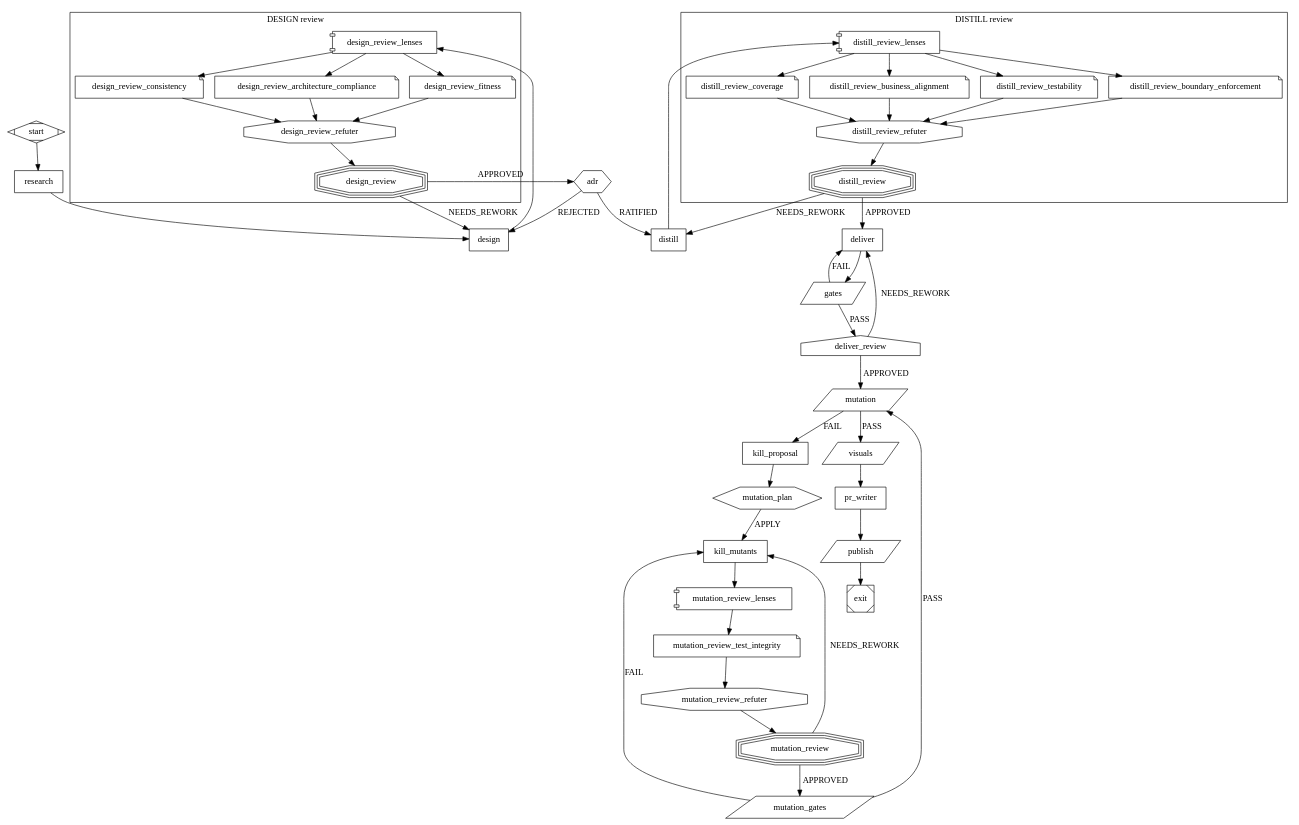
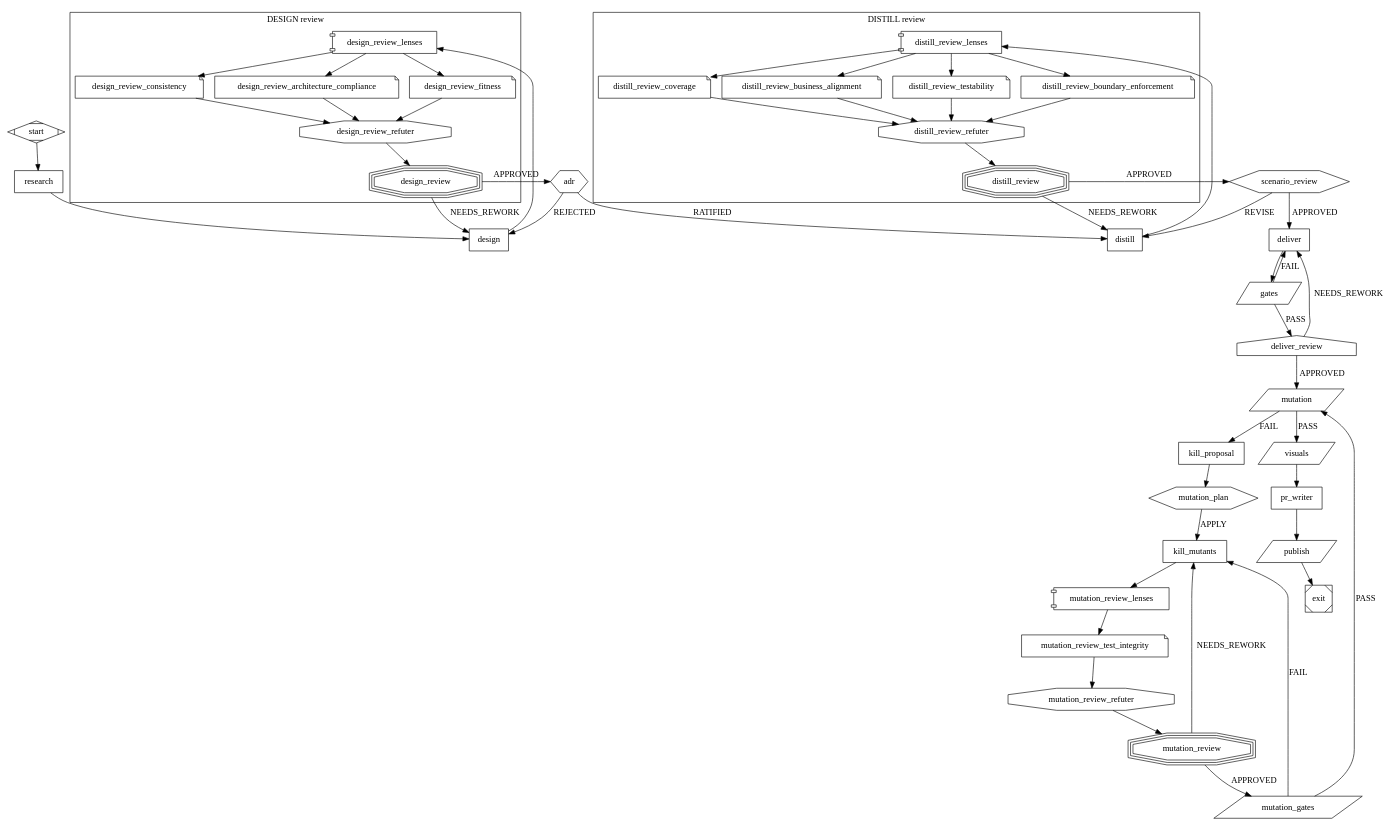
Before and after one commit to SebastienDegodez/skraft-plugin: the diagram in plugins/skraft-framework/workflows/pipeline.skraft.dot, drawn with Graphviz. The commit also changed 185 other files, not shown here.

```diff
--- a/plugins/skraft-framework/workflows/pipeline.skraft.dot
+++ b/plugins/skraft-framework/workflows/pipeline.skraft.dot
@@ -1,96 +1,102 @@
 // The skraft pipeline. Copy it into .skraft/pipeline.skraft.dot with `skraft workflow eject`, then add
 // agents, lenses, gates or questions; `skraft workflow check` validates it, `skraft workflow diff`
 // compares it with this one. A node marked locked=true can only be dropped with unlock="<reason>"; a node marked
 // mandatory=true can never be dropped, bypassed or weakened, whatever the copy says.
 // A review fans out (shape=component) to one lens node per branch (shape=note, lens="<name>", run as the agent `<name>-lens`) joins its branches in the refuter (shape=octagon, finding-refuter, which checks each finding, of any severity) and closes in a fan-in (shape=tripleoctagon) that computes the verdict and carries the APPROVED and NEEDS_REWORK edges. A lens with when="mock" or when="contract" runs only when the changes touch mocks or contracts; one without when always runs. skraft-config.json's `assign` chooses each agent's model family, `models` what a family runs on per host; model= on an agent, a lens or a fan-in (for its lenses that name none) and refuter= on a fan-in name a family too, under `assign.agents`.
 // The DESIGN and DISTILL reviews sit in subgraph clusters, which only group them in a drawing.
 // A house calls another workflow by its base name (workflow="<name>": .skraft/<name>.skraft.dot, else the plugin's) and leaves
 // by the verdict it returns: deliver_review runs review, the review a pull request gets too. The called workflow declares its inputs
 // (input_<name>="required" or "optional"); the call binds each one by name to what the run holds (base, head, story,
 // documents, components), with_<name>="<value>" binding it to another. A called workflow calls no other.
 // A hexagon asks a human: the run waits until `skraft decide` answers. mutation-plan takes APPLY, an instruction of the developer's own, or STOP, which ends the run.
 // A parallelogram with publish="pull-request" pushes the branch and opens or updates its pull request, on the consent publish.pullRequest of skraft-config.json; a run starts only once /skraft-init has settled it.
 // A parallelogram with publish="playwright-visuals" runs each front end's e2e command and commits the screenshots its manifest lists, on the consent publish.visuals; when="frontend" skips it without a front end, and such a node then needs no consent.
 // each="survivor-file" runs an agent once per file holding mutants the mutation gate left alive, when the gate's FAIL edge leads to it; reached by another edge, it runs once, with what that edge brings.
+// each="scenario" goes on two agent nodes: the first writes the story's scenarios and the failing acceptance test of the first (its walking skeleton),
+// the second makes it pass with one green commit; then the engine runs them again for each next scenario, one failing test commit, one green commit, without edges and without the review.
+// scenario-review asks a human, once, to read the scenarios and the walking skeleton before DELIVER builds them: APPROVED goes on, REVISE sends DISTILL back with the corrections.
 // proposal=true on such an agent has it write a proposal per file, in a file the engine creates, and change no code.
 // Mutation runs last, on the code the DELIVER review approved; its survivors go to a proposal, the developer chooses (mutation_plan), then kill_mutants applies the choice.
 // mutation_gates runs the gates of gates again after kill_mutants: a gate node that runs every gate of a locked one stands in for it.
 digraph skraft {
   graph [version="2", goal="Deliver the story"]
 
   start    [shape=Mdiamond]
   research [shape=box, agent="solution-researcher", phase="RESEARCH"]
   design   [shape=box, agent="solution-architect", phase="DESIGN"]
   subgraph cluster_design_review {
     label="DESIGN review"
     design_review_lenses [shape=component]
     design_review_consistency [shape=note, lens="consistency"]
     design_review_architecture_compliance [shape=note, lens="architecture-compliance"]
     design_review_fitness [shape=note, lens="fitness"]
     design_review_refuter [shape=octagon, mandatory=true]
     design_review [shape=tripleoctagon, mandatory=true]
   }
   adr      [shape=hexagon, question="adr-ratification"]
-  distill  [shape=box, agent="acceptance-designer", phase="DISTILL"]
+  distill  [shape=box, agent="acceptance-designer", phase="DISTILL", each="scenario"]
   subgraph cluster_distill_review {
     label="DISTILL review"
     distill_review_lenses [shape=component]
     distill_review_coverage [shape=note, lens="coverage"]
     distill_review_business_alignment [shape=note, lens="business-alignment"]
     distill_review_testability [shape=note, lens="testability"]
     distill_review_boundary_enforcement [shape=note, lens="boundary-enforcement"]
     distill_review_refuter [shape=octagon, mandatory=true]
     distill_review [shape=tripleoctagon, mandatory=true]
   }
-  deliver  [shape=box, agent="software-engineer", phase="DELIVER"]
+  scenario_review [shape=hexagon, question="scenario-review"]
+  deliver  [shape=box, agent="software-engineer", phase="DELIVER", each="scenario"]
   gates    [shape=parallelogram, gate="build,format,lint,test,architecture,coverage", goal_gate=true, locked=true, phase="DELIVER"]
   deliver_review [shape=house, workflow="review", mandatory=true]
   mutation [shape=parallelogram, gate="mutation", goal_gate=true, locked=true]
   kill_proposal [shape=box, agent="software-engineer", each="survivor-file", proposal=true]
   mutation_plan [shape=hexagon, question="mutation-plan"]
   kill_mutants [shape=box, agent="software-engineer", each="survivor-file"]
   mutation_review_lenses [shape=component]
   mutation_review_test_integrity [shape=note, lens="test-integrity"]
   mutation_review_refuter [shape=octagon, mandatory=true]
   mutation_review [shape=tripleoctagon, mandatory=true]
   mutation_gates [shape=parallelogram, gate="build,format,lint,test,architecture,coverage", goal_gate=true]
   visuals  [shape=parallelogram, publish="playwright-visuals", when="frontend"]
   pr_writer [shape=box, agent="pr-writer", phase="PUBLISH"]
   publish  [shape=parallelogram, publish="pull-request"]
   exit     [shape=Msquare]
 
   start -> research -> design -> design_review_lenses
   design_review_lenses -> design_review_consistency -> design_review_refuter
   design_review_lenses -> design_review_architecture_compliance -> design_review_refuter
   design_review_lenses -> design_review_fitness -> design_review_refuter
   design_review_refuter -> design_review
   design_review -> design  [label="NEEDS_REWORK", max_visits=2]
   design_review -> adr     [label="APPROVED"]
   adr -> distill   [label="RATIFIED"]
   adr -> design    [label="REJECTED", max_visits=1]
   distill -> distill_review_lenses
   distill_review_lenses -> distill_review_coverage -> distill_review_refuter
   distill_review_lenses -> distill_review_business_alignment -> distill_review_refuter
   distill_review_lenses -> distill_review_testability -> distill_review_refuter
   distill_review_lenses -> distill_review_boundary_enforcement -> distill_review_refuter
   distill_review_refuter -> distill_review
   distill_review -> distill [label="NEEDS_REWORK", max_visits=2]
-  distill_review -> deliver [label="APPROVED"]
+  distill_review -> scenario_review [label="APPROVED"]
+  scenario_review -> deliver [label="APPROVED"]
+  scenario_review -> distill [label="REVISE", max_visits=2]
   deliver -> gates
   gates -> deliver [label="FAIL", max_visits=3]
   gates -> deliver_review [label="PASS"]
   deliver_review -> deliver [label="NEEDS_REWORK", max_visits=2]
   deliver_review -> mutation [label="APPROVED"]
   mutation -> visuals [label="PASS"]
   mutation -> kill_proposal [label="FAIL", max_visits=5]
   kill_proposal -> mutation_plan
   mutation_plan -> kill_mutants [label="APPLY"]
   kill_mutants -> mutation_review_lenses
   mutation_review_lenses -> mutation_review_test_integrity -> mutation_review_refuter
   mutation_review_refuter -> mutation_review
   mutation_review -> kill_mutants [label="NEEDS_REWORK", max_visits=2]
   mutation_review -> mutation_gates [label="APPROVED"]
   mutation_gates -> kill_mutants [label="FAIL", max_visits=3]
   mutation_gates -> mutation [label="PASS"]
   visuals -> pr_writer -> publish -> exit
 }
```
